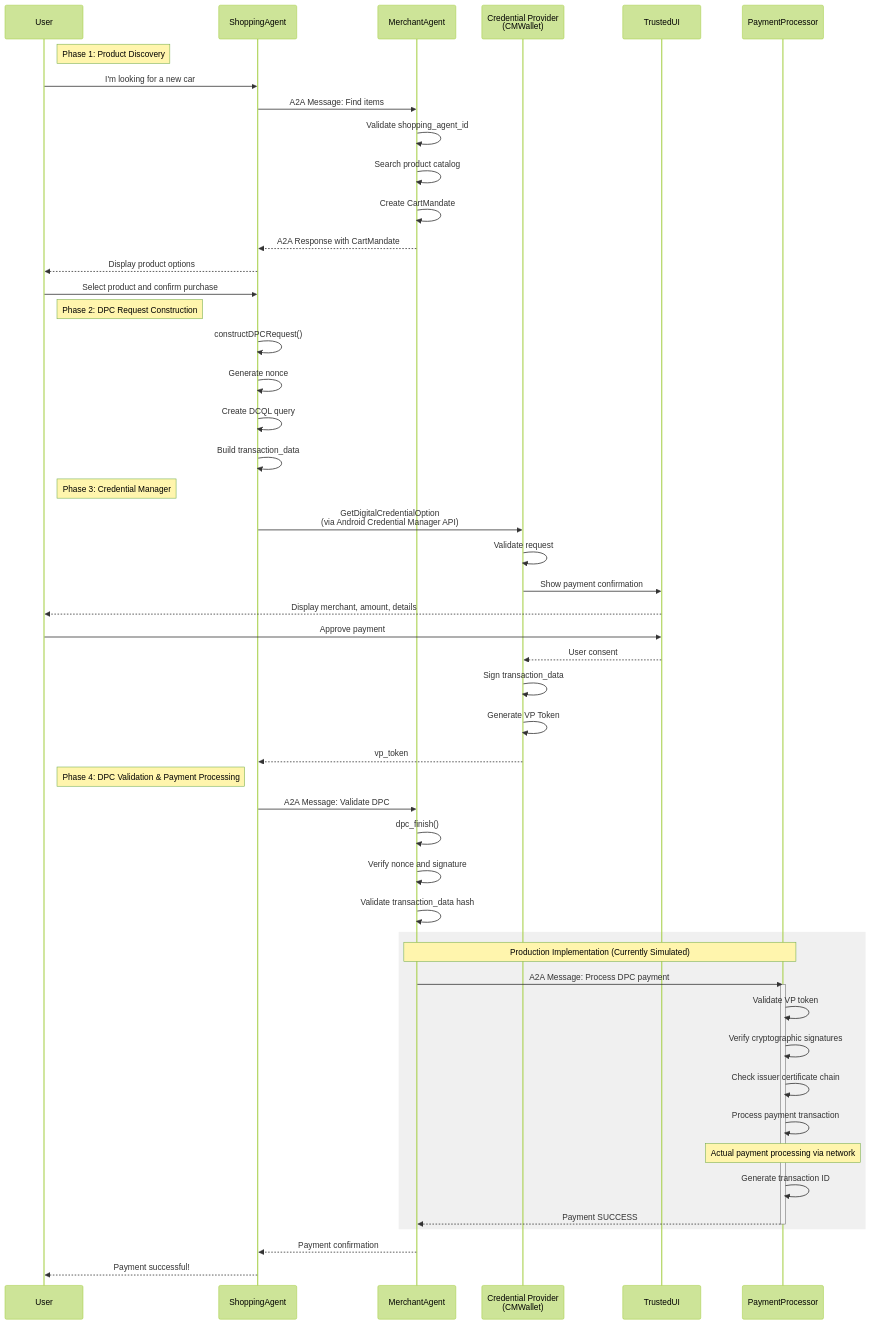
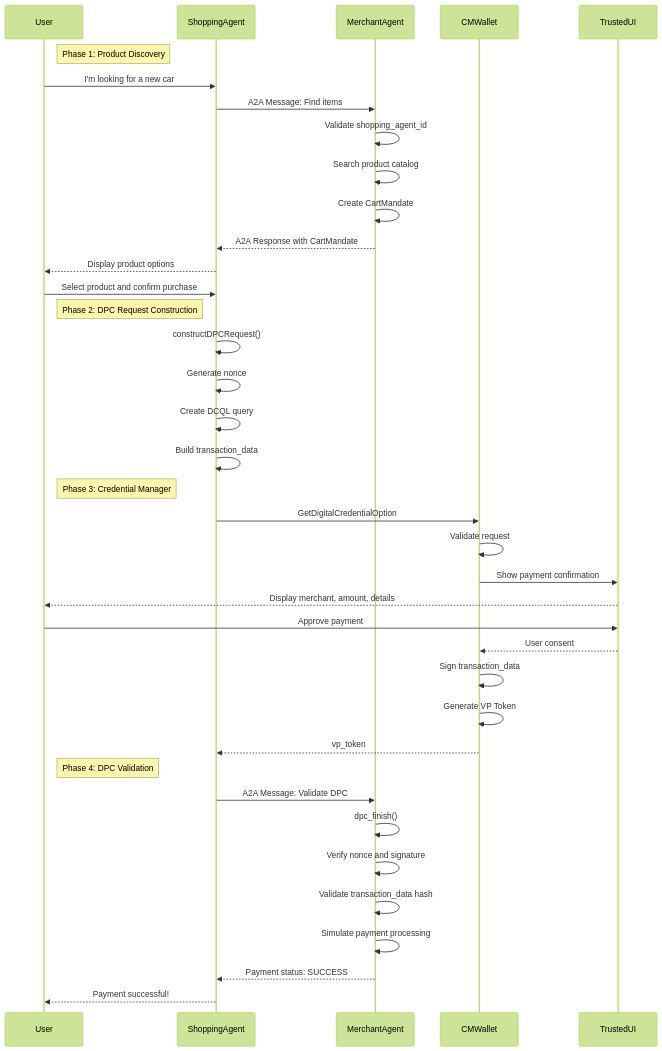
The first of 3 diagrams in src/ap2/ap2-sample-dpc.md (kukgini/kukgini.github.io), drawn with Mermaid (forest theme) before and after one commit. The commit also changed other lines of this file, not shown here.

First line of the commit message:
Docs: Fix DPC scenario doc to match AP2 source

````diff
--- a/src/ap2/ap2-sample-dpc.md
+++ b/src/ap2/ap2-sample-dpc.md
@@ -14,64 +12,49 @@
 ```mermaid
 sequenceDiagram
     participant User
     participant ShoppingAgent
     participant MerchantAgent
-    participant CredentialProvider as Credential Provider<br/>(CMWallet)
+    participant CMWallet
     participant TrustedUI
-    participant PaymentProcessor
 
     Note right of User: Phase 1: Product Discovery
 
     User->>ShoppingAgent: I'm looking for a new car
     ShoppingAgent->>MerchantAgent: A2A Message: Find items
     MerchantAgent->>MerchantAgent: Validate shopping_agent_id
     MerchantAgent->>MerchantAgent: Search product catalog
     MerchantAgent->>MerchantAgent: Create CartMandate
     MerchantAgent-->>ShoppingAgent: A2A Response with CartMandate
     ShoppingAgent-->>User: Display product options
 
     User->>ShoppingAgent: Select product and confirm purchase
 
     Note right of User: Phase 2: DPC Request Construction
 
     ShoppingAgent->>ShoppingAgent: constructDPCRequest()
     ShoppingAgent->>ShoppingAgent: Generate nonce
     ShoppingAgent->>ShoppingAgent: Create DCQL query
     ShoppingAgent->>ShoppingAgent: Build transaction_data
 
     Note right of User: Phase 3: Credential Manager
 
-    ShoppingAgent->>CredentialProvider: GetDigitalCredentialOption<br/>(via Android Credential Manager API)
-    CredentialProvider->>CredentialProvider: Validate request
-    CredentialProvider->>TrustedUI: Show payment confirmation
+    ShoppingAgent->>CMWallet: GetDigitalCredentialOption
+    CMWallet->>CMWallet: Validate request
+    CMWallet->>TrustedUI: Show payment confirmation
     TrustedUI-->>User: Display merchant, amount, details
     User->>TrustedUI: Approve payment
-    TrustedUI-->>CredentialProvider: User consent
-    CredentialProvider->>CredentialProvider: Sign transaction_data
-    CredentialProvider->>CredentialProvider: Generate VP Token
-    CredentialProvider-->>ShoppingAgent: vp_token
+    TrustedUI-->>CMWallet: User consent
+    CMWallet->>CMWallet: Sign transaction_data
+    CMWallet->>CMWallet: Generate VP Token
+    CMWallet-->>ShoppingAgent: vp_token
 
-    Note right of User: Phase 4: DPC Validation & Payment Processing
+    Note right of User: Phase 4: DPC Validation
 
     ShoppingAgent->>MerchantAgent: A2A Message: Validate DPC
     MerchantAgent->>MerchantAgent: dpc_finish()
     MerchantAgent->>MerchantAgent: Verify nonce and signature
     MerchantAgent->>MerchantAgent: Validate transaction_data hash
-    
-    rect rgb(240, 240, 240)
-        Note over MerchantAgent,PaymentProcessor: Production Implementation (Currently Simulated)
-        MerchantAgent->>PaymentProcessor: A2A Message: Process DPC payment
-        activate PaymentProcessor
-        PaymentProcessor->>PaymentProcessor: Validate VP token
-        PaymentProcessor->>PaymentProcessor: Verify cryptographic signatures
-        PaymentProcessor->>PaymentProcessor: Check issuer certificate chain
-        PaymentProcessor->>PaymentProcessor: Process payment transaction
-        Note over PaymentProcessor: Actual payment processing via network
-        PaymentProcessor->>PaymentProcessor: Generate transaction ID
-        PaymentProcessor-->>MerchantAgent: Payment SUCCESS
-        deactivate PaymentProcessor
-    end
-    
-    MerchantAgent-->>ShoppingAgent: Payment confirmation
+    MerchantAgent->>MerchantAgent: Simulate payment processing
+    MerchantAgent-->>ShoppingAgent: Payment status: SUCCESS
     ShoppingAgent-->>User: Payment successful!
 ```
````
